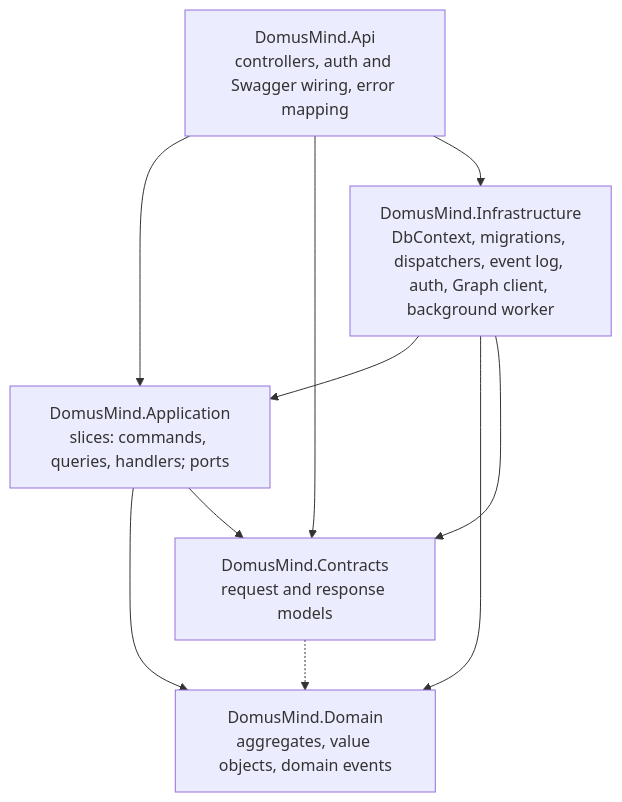
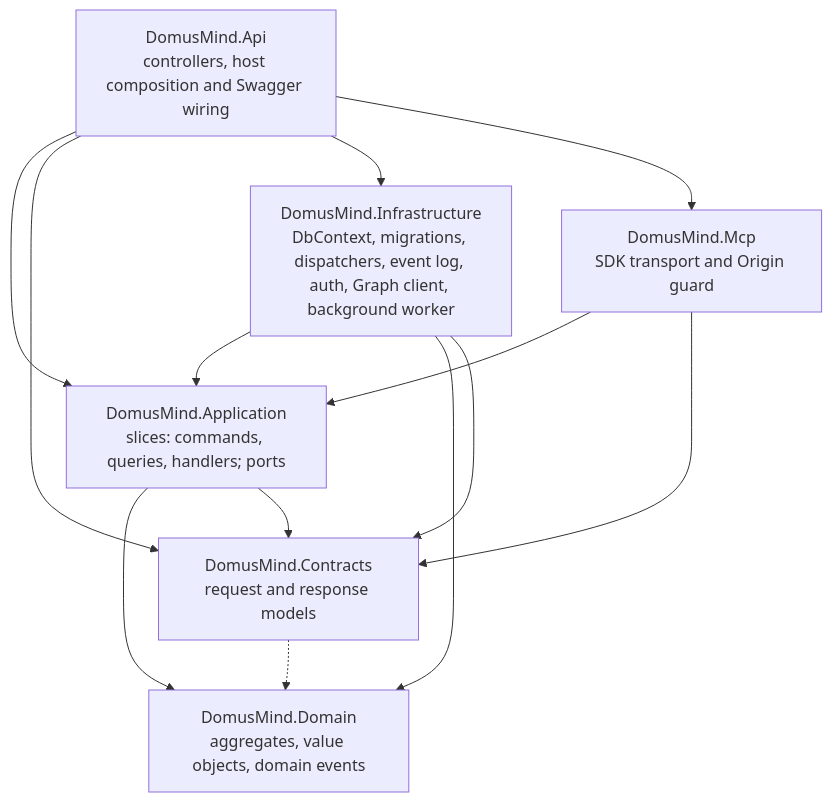
The second of 3 diagrams in docs/architecture/05-building-block-view.md (juangcarmona/domusmind), drawn with Mermaid before and after one commit. The commit also changed other lines of this file and 11 other files, not shown here.

First line of the commit message:
docs(mcp): record adapter architecture and evidence

````diff
--- a/docs/architecture/05-building-block-view.md
+++ b/docs/architecture/05-building-block-view.md
@@ -70,18 +76,22 @@
 ```mermaid
 flowchart TB
-    Api["DomusMind.Api<br/>controllers, auth and Swagger wiring, error mapping"]
+    Api["DomusMind.Api<br/>controllers, host composition and Swagger wiring"]
+    Mcp["DomusMind.Mcp<br/>SDK transport and Origin guard"]
     Infra["DomusMind.Infrastructure<br/>DbContext, migrations, dispatchers, event log, auth, Graph client, background worker"]
     App["DomusMind.Application<br/>slices: commands, queries, handlers; ports"]
     Contracts["DomusMind.Contracts<br/>request and response models"]
     Domain["DomusMind.Domain<br/>aggregates, value objects, domain events"]
 
     Api --> App
     Api --> Contracts
     Api --> Infra
+    Api --> Mcp
+    Mcp --> App
+    Mcp --> Contracts
     Infra --> App
     Infra --> Domain
     Infra --> Contracts
     App --> Domain
     App --> Contracts
     Contracts -.-> Domain
 ```
````
